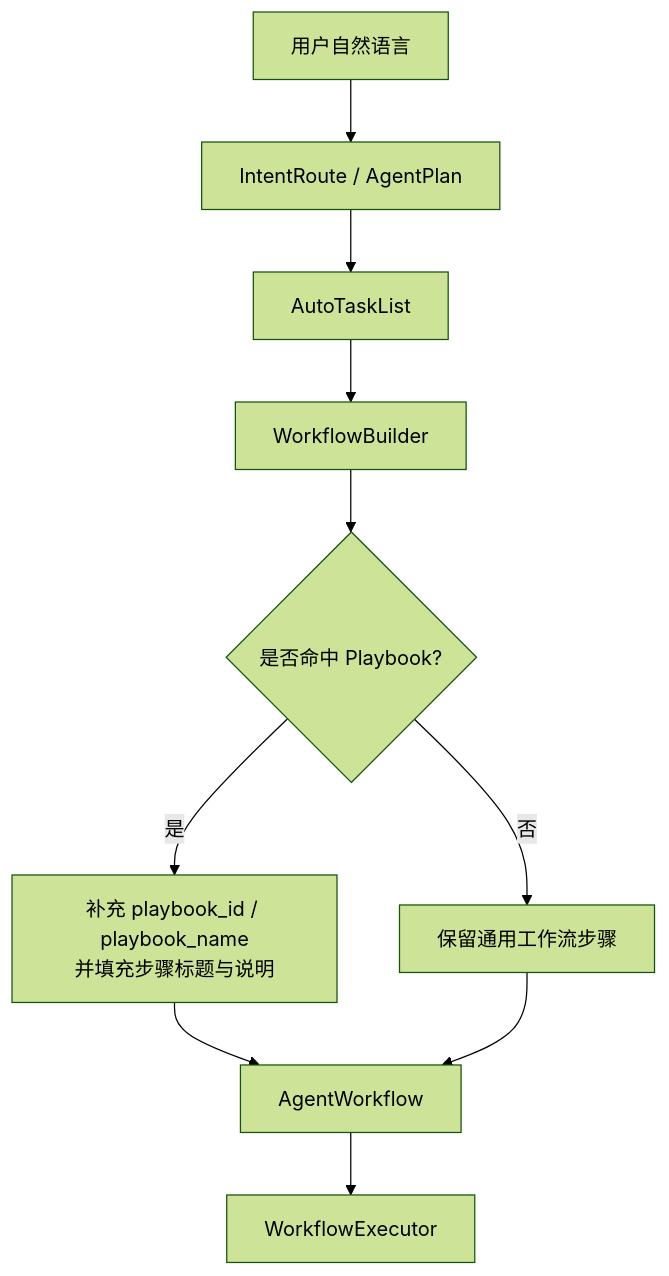
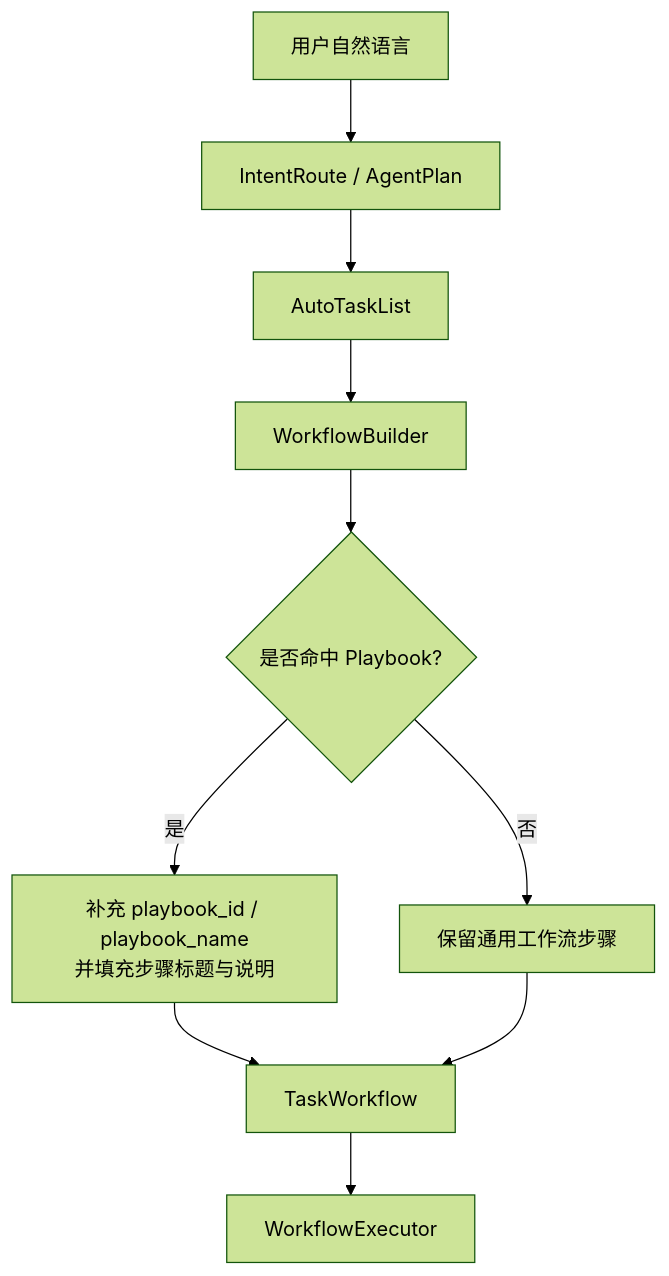
One commit to ClassRobot/ClassRobot changed the first of 2 diagrams in docs/guides/agent-playbooks.md. Above: the diagram before and after it, drawn with Mermaid (forest theme). The commit also changed other lines of this file and 319 other files, not shown here.

````diff
--- a/docs/guides/agent-playbooks.md
+++ b/docs/guides/agent-playbooks.md
@@ -59,12 +59,12 @@
 ```mermaid
 flowchart TD
     A["用户自然语言"] --> B["IntentRoute / AgentPlan"]
     B --> C["AutoTaskList"]
     C --> D["WorkflowBuilder"]
     D --> E{"是否命中 Playbook?"}
     E -- 是 --> F["补充 playbook_id / playbook_name\n并填充步骤标题与说明"]
     E -- 否 --> G["保留通用工作流步骤"]
-    F --> H["AgentWorkflow"]
+    F --> H["TaskWorkflow"]
     G --> H
     H --> I["WorkflowExecutor"]
 ```
````
